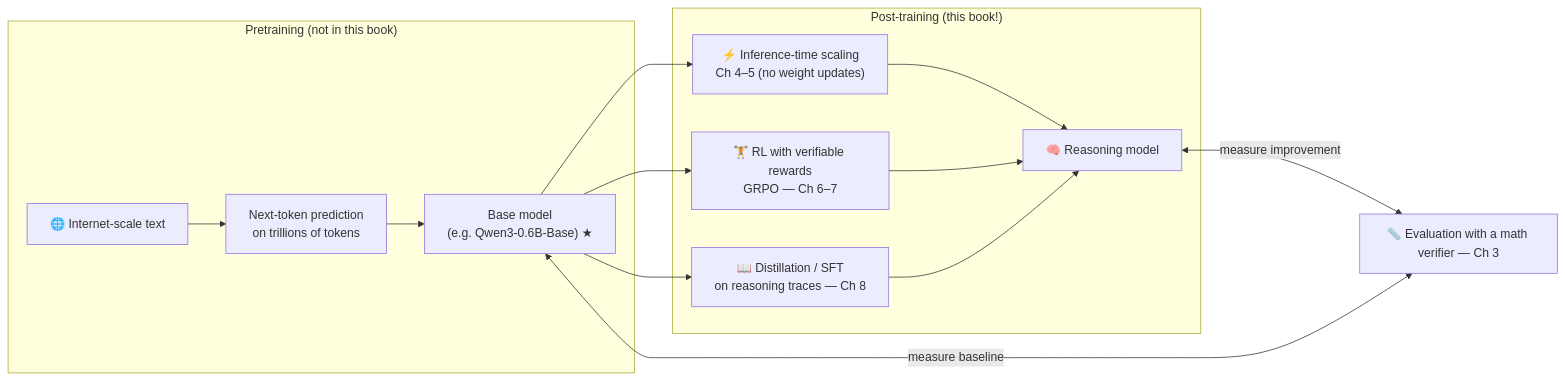
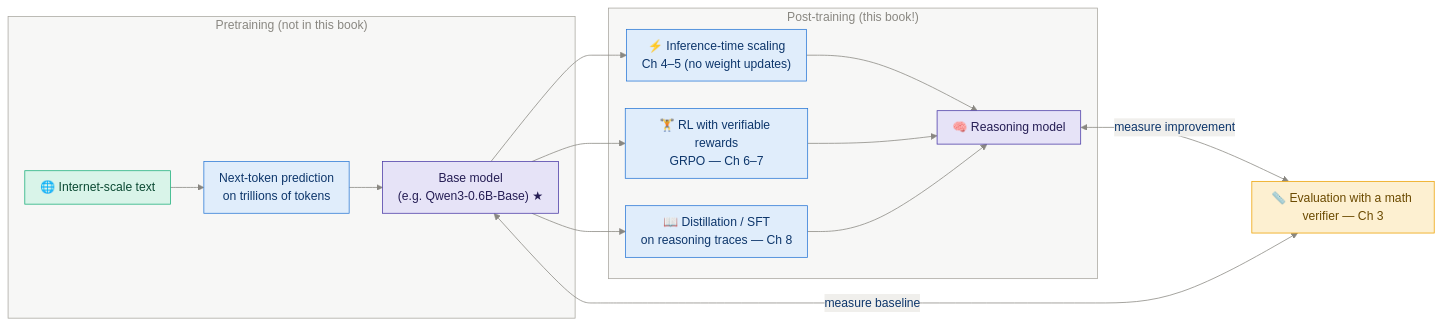
Before and after one commit to sudhanshu-shivam-dev/reasoning_model_from_scratch: the first of 3 diagrams in study_guide/00_big_picture.md, drawn with Mermaid. The commit also changed other lines of this file and 14 other files, not shown here.

First line of the commit message:
Restyle all 54 diagrams: consistent palette, semantic colors, better spacing

````diff
--- a/study_guide/00_big_picture.md
+++ b/study_guide/00_big_picture.md
@@ -28,20 +28,27 @@
 ```mermaid
+%%{init: {"theme":"base","themeVariables":{"primaryColor":"#e0edfb","primaryTextColor":"#0d366b","primaryBorderColor":"#2a78d6","lineColor":"#898781","textColor":"#52514e","edgeLabelBackground":"#f0efec","clusterBkg":"rgba(137,135,129,0.07)","clusterBorder":"#a9a7a0","titleColor":"#898781"},"flowchart":{"nodeSpacing":36,"rankSpacing":44,"curve":"basis","padding":10}}}%%
 flowchart LR
     subgraph PRE["Pretraining (not in this book)"]
         D["🌐 Internet-scale text"] --> PT["Next-token prediction<br/>on trillions of tokens"]
         PT --> BASE["Base model<br/>(e.g. Qwen3-0.6B-Base) ★"]
     end
 
     subgraph POST["Post-training (this book!)"]
         BASE --> ITS["⚡ Inference-time scaling<br/>Ch 4–5 (no weight updates)"]
         BASE --> RL["🏋️ RL with verifiable rewards<br/>GRPO — Ch 6–7"]
         BASE --> SFT["📖 Distillation / SFT<br/>on reasoning traces — Ch 8"]
         ITS --> RM["🧠 Reasoning model"]
         RL --> RM
         SFT --> RM
     end
 
     EVAL["📏 Evaluation with a math verifier — Ch 3"]
     RM <-->|measure improvement| EVAL
     BASE <-->|measure baseline| EVAL
+    classDef data fill:#d9f4e9,stroke:#1baf7a,color:#0b4a33
+    classDef model fill:#e6e3f7,stroke:#4a3aa7,color:#251d54
+    classDef dec fill:#fdf0d1,stroke:#eda100,color:#6b4a00
+    class D data
+    class BASE,RM model
+    class EVAL dec
 ```
````
